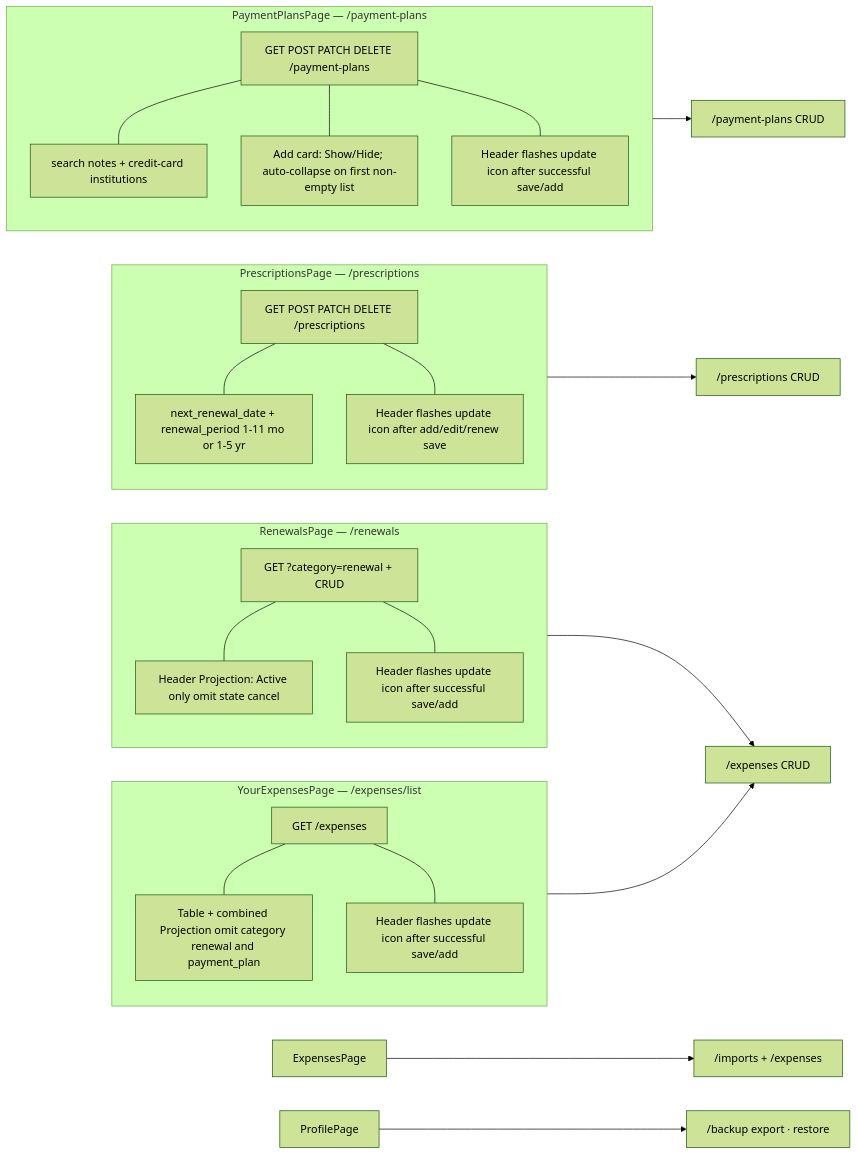
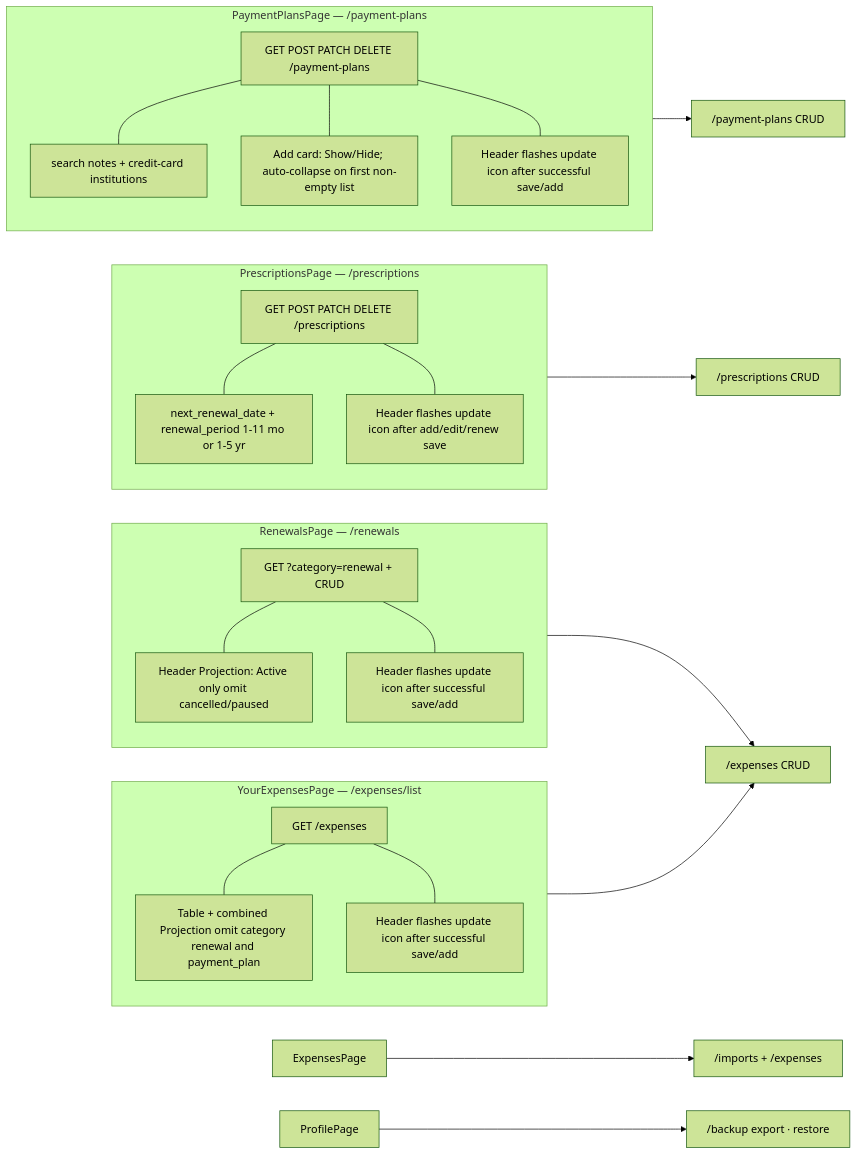
Before and after one commit to becomeonewiththecode/expense_tracker: the ninth of 19 diagrams in docs/ARCHITECTURE_DIAGRAM.md, drawn with Mermaid (forest theme). The commit also changed other lines of this file and 15 other files, not shown here.

First line of the commit message:
Centralize legacy cancel→cancelled state normalization and update docs

````diff
--- a/docs/ARCHITECTURE_DIAGRAM.md
+++ b/docs/ARCHITECTURE_DIAGRAM.md
@@ -315,38 +315,38 @@
 ```mermaid
 flowchart LR
   EP[ExpensesPage] --> IM["/imports + /expenses"]
   subgraph YEP["YourExpensesPage — /expenses/list"]
     direction TB
     YG["GET /expenses"]
     YV["Table + combined Projection omit category renewal and payment_plan"]
     YU["Header flashes update icon after successful save/add"]
     YG --- YV
     YG --- YU
   end
   subgraph NRP["RenewalsPage — /renewals"]
     direction TB
     NG["GET ?category=renewal + CRUD"]
-    NV["Header Projection: Active only omit state cancel"]
+    NV["Header Projection: Active only omit cancelled/paused"]
     NU["Header flashes update icon after successful save/add"]
     NG --- NV
     NG --- NU
   end
   NRP --> EX["/expenses CRUD"]
   YEP --> EX
   subgraph PSPg["PrescriptionsPage — /prescriptions"]
     direction TB
     PG2["GET POST PATCH DELETE /prescriptions"]
     PG2 --- PGnote["next_renewal_date + renewal_period 1-11 mo or 1-5 yr"]
     PG2 --- PGu["Header flashes update icon after add/edit/renew save"]
   end
   PSPg --> PRX["/prescriptions CRUD"]
   subgraph PPPg["PaymentPlansPage — /payment-plans"]
     direction TB
     PPG2["GET POST PATCH DELETE /payment-plans"]
     PPG2 --- PPGnote["search notes + credit-card institutions"]
     PPG2 --- PPGadd["Add card: Show/Hide; auto-collapse on first non-empty list"]
     PPG2 --- PPGu["Header flashes update icon after successful save/add"]
   end
   PPPg --> PPX["/payment-plans CRUD"]
   PP[ProfilePage] --> BK["/backup export · restore"]
 ```
````
